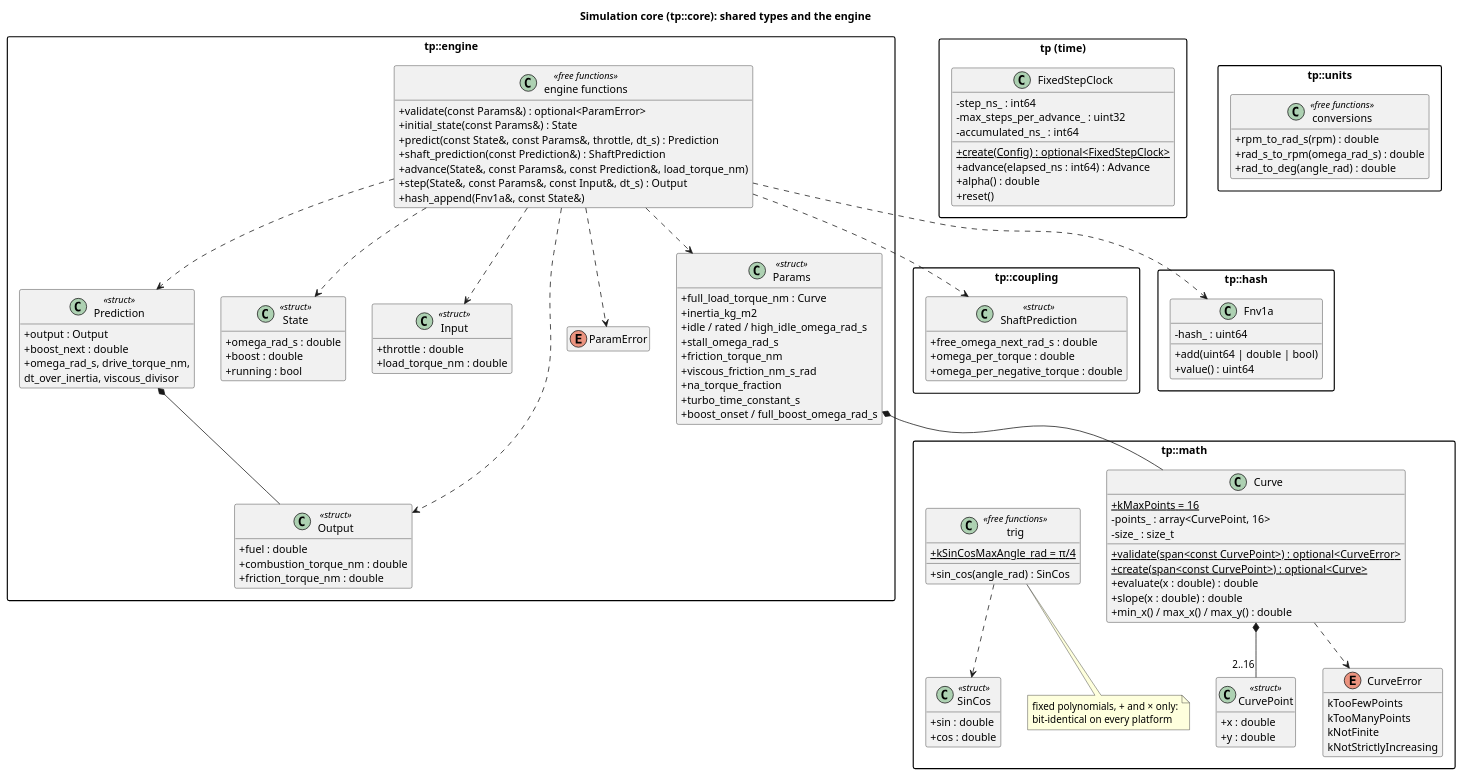
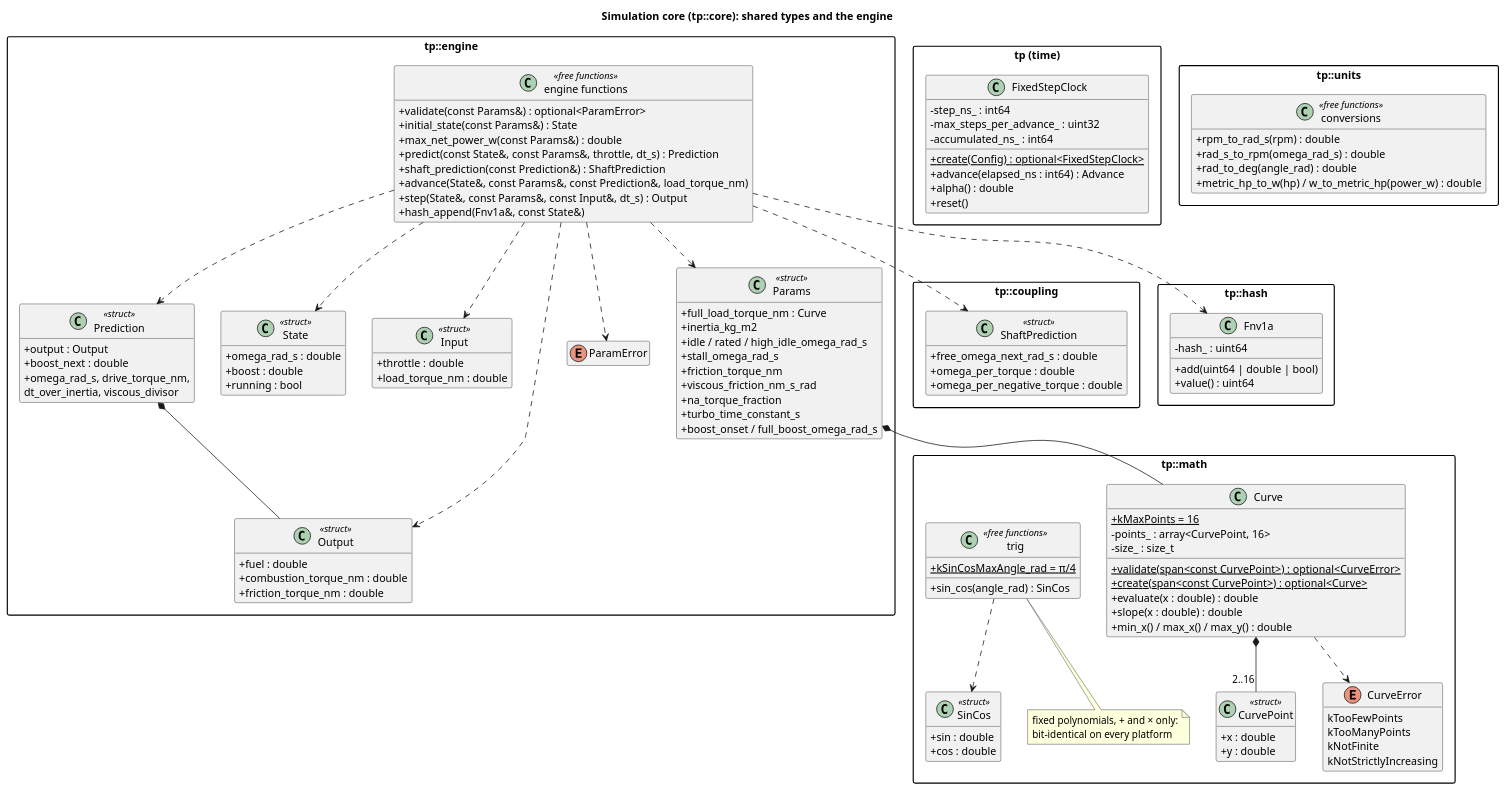
Before and after one commit to wversteeg/TractorPulling: the diagram in docs/diagrams/core_classes.puml, drawn with PlantUML. The commit also changed 8 other files, not shown here.

First line of the commit message:
Document class rules and PTO power in the diagrams

```diff
--- a/docs/diagrams/core_classes.puml
+++ b/docs/diagrams/core_classes.puml
@@ -1,137 +1,139 @@
 @startuml core_classes
 title Simulation core (tp::core): shared types and the engine
 hide empty members
 skinparam packageStyle rectangle
 skinparam classAttributeIconSize 0
 
   package "tp::coupling" {
     class ShaftPrediction <<struct>> {
       +free_omega_next_rad_s : double
       +omega_per_torque : double
       +omega_per_negative_torque : double
     }
   }
 
   package "tp::math" {
     class CurvePoint <<struct>> {
       +x : double
       +y : double
     }
     enum CurveError {
       kTooFewPoints
       kTooManyPoints
       kNotFinite
       kNotStrictlyIncreasing
     }
     class Curve {
       +{static} kMaxPoints = 16
       -points_ : array<CurvePoint, 16>
       -size_ : size_t
       +{static} validate(span<const CurvePoint>) : optional<CurveError>
       +{static} create(span<const CurvePoint>) : optional<Curve>
       +evaluate(x : double) : double
       +slope(x : double) : double
       +min_x() / max_x() / max_y() : double
     }
     Curve *-- "2..16" CurvePoint
     Curve ..> CurveError
     class SinCos <<struct>> {
       +sin : double
       +cos : double
     }
     class "trig" as Trig <<free functions>> {
       +{static} kSinCosMaxAngle_rad = π/4
       +sin_cos(angle_rad) : SinCos
     }
     Trig ..> SinCos
     note bottom of Trig
       fixed polynomials, + and × only:
       bit-identical on every platform
     end note
   }
 
   package "tp::engine" {
     class Params <<struct>> {
       +full_load_torque_nm : Curve
       +inertia_kg_m2
       +idle / rated / high_idle_omega_rad_s
       +stall_omega_rad_s
       +friction_torque_nm
       +viscous_friction_nm_s_rad
       +na_torque_fraction
       +turbo_time_constant_s
       +boost_onset / full_boost_omega_rad_s
     }
     class State <<struct>> {
       +omega_rad_s : double
       +boost : double
       +running : bool
     }
     class Input <<struct>> {
       +throttle : double
       +load_torque_nm : double
     }
     class Output <<struct>> {
       +fuel : double
       +combustion_torque_nm : double
       +friction_torque_nm : double
     }
     enum ParamError
     class Prediction <<struct>> {
       +output : Output
       +boost_next : double
       +omega_rad_s, drive_torque_nm,
        dt_over_inertia, viscous_divisor
     }
     class "engine functions" as EngineFns <<free functions>> {
       +validate(const Params&) : optional<ParamError>
       +initial_state(const Params&) : State
+      +max_net_power_w(const Params&) : double
       +predict(const State&, const Params&, throttle, dt_s) : Prediction
       +shaft_prediction(const Prediction&) : ShaftPrediction
       +advance(State&, const Params&, const Prediction&, load_torque_nm)
       +step(State&, const Params&, const Input&, dt_s) : Output
       +hash_append(Fnv1a&, const State&)
     }
     Prediction *-- Output
     EngineFns ..> Prediction
     Params *-- Curve
     EngineFns ..> Params
     EngineFns ..> State
     EngineFns ..> Input
     EngineFns ..> Output
     EngineFns ..> ParamError
   }
 
 
   EngineFns ..> ShaftPrediction
 
   package "tp::hash" {
     class Fnv1a {
       -hash_ : uint64
       +add(uint64 | double | bool)
       +value() : uint64
     }
   }
   EngineFns ..> Fnv1a
 
   package "tp (time)" {
     class FixedStepClock {
       -step_ns_ : int64
       -max_steps_per_advance_ : uint32
       -accumulated_ns_ : int64
       +{static} create(Config) : optional<FixedStepClock>
       +advance(elapsed_ns : int64) : Advance
       +alpha() : double
       +reset()
     }
   }
 
   package "tp::units" {
     class "conversions" as Units <<free functions>> {
       +rpm_to_rad_s(rpm) : double
       +rad_s_to_rpm(omega_rad_s) : double
       +rad_to_deg(angle_rad) : double
+      +metric_hp_to_w(hp) / w_to_metric_hp(power_w) : double
     }
   }
 
 @enduml
```
